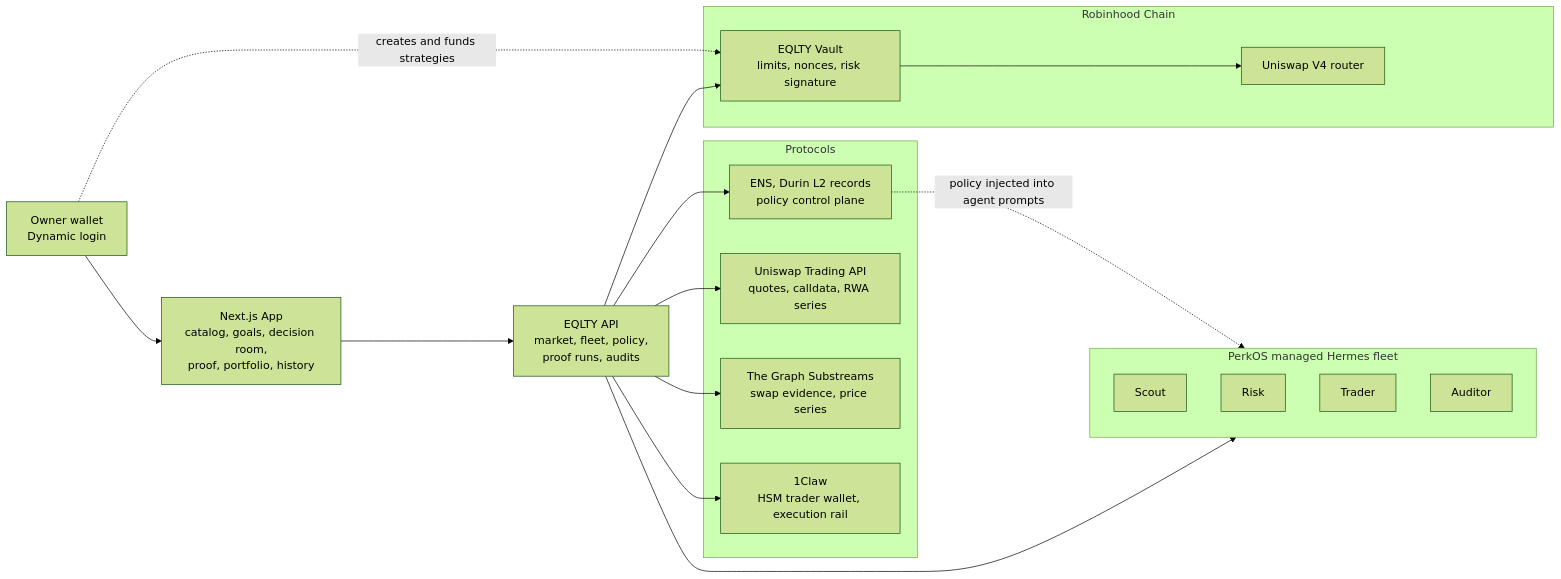
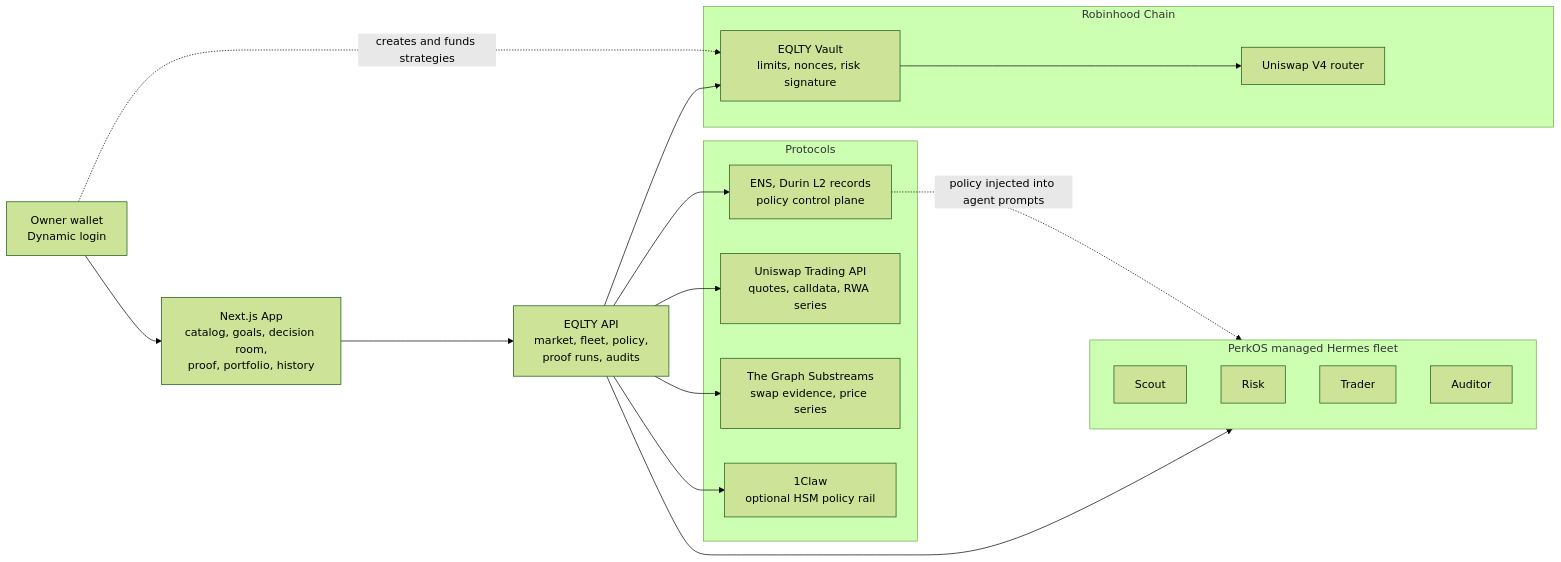
Before and after one commit to PerkOS-xyz/PerkOS-EQLTY: the first of 3 diagrams in README.md, drawn with Mermaid (forest theme). The commit also changed other lines of this file and 3 other files, not shown here.

````diff
--- a/README.md
+++ b/README.md
@@ -123,34 +125,34 @@
 ```mermaid
 flowchart LR
   OWNER["Owner wallet<br/>Dynamic login"] --> APP["Next.js App<br/>catalog, goals, decision room,<br/>proof, portfolio, history"]
   APP --> API["EQLTY API<br/>market, fleet, policy,<br/>proof runs, audits"]
 
   subgraph FLEET["PerkOS managed Hermes fleet"]
     SCOUT[Scout]
     RISK[Risk]
     TRADER[Trader]
     AUDITOR[Auditor]
   end
 
   subgraph PROTOCOLS["Protocols"]
     ENS["ENS, Durin L2 records<br/>policy control plane"]
     UNI["Uniswap Trading API<br/>quotes, calldata, RWA series"]
     GRAPH["The Graph Substreams<br/>swap evidence, price series"]
-    CLAW["1Claw<br/>HSM trader wallet, execution rail"]
+    CLAW["1Claw<br/>optional HSM policy rail"]
   end
 
   subgraph CHAIN["Robinhood Chain"]
     VAULT["EQLTY Vault<br/>limits, nonces, risk signature"]
     ROUTER["Uniswap V4 router"]
   end
 
   API --> FLEET
   API --> ENS
   API --> UNI
   API --> GRAPH
   API --> CLAW
   ENS -. "policy injected into agent prompts" .-> FLEET
   API --> VAULT
   VAULT --> ROUTER
   OWNER -. "creates and funds strategies" .-> VAULT
 ```
````
